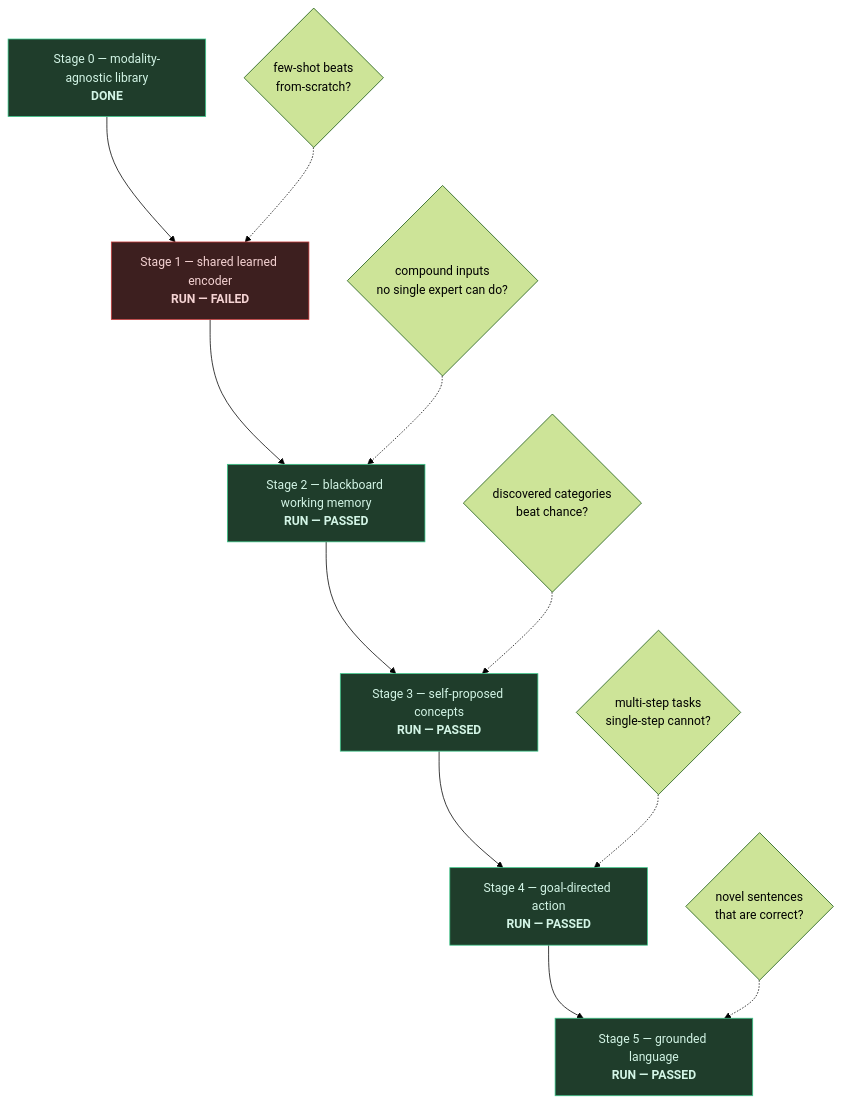
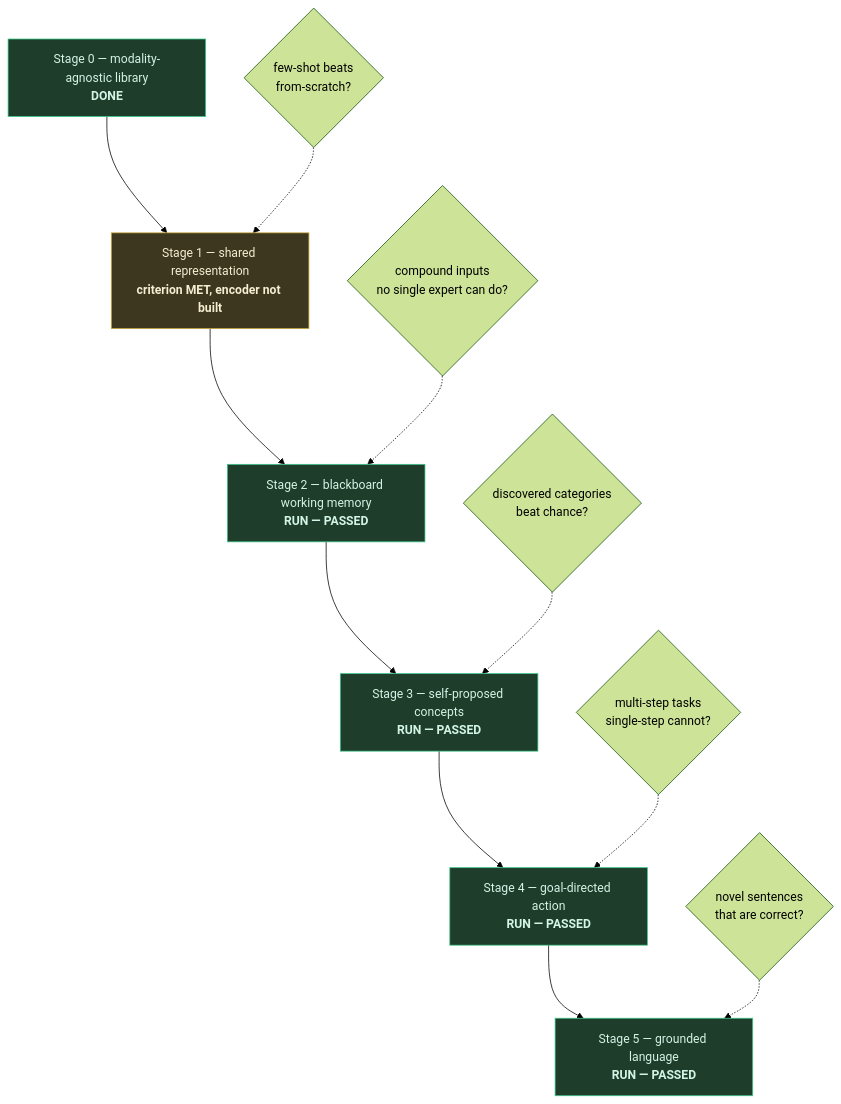
One commit to haywoodspartan/ultraquant changed diagram 18 of 18 in ARCHITECTURE.md. Above: the diagram before and after it, drawn with Mermaid (forest theme). The commit also changed other lines of this file and 6 other files, not shown here.

````diff
--- a/ARCHITECTURE.md
+++ b/ARCHITECTURE.md
@@ -1647,20 +1647,20 @@
 ```mermaid
 flowchart TD
     S0["Stage 0 — modality-agnostic library<br/><b>DONE</b>"] --> S1
-    S1["Stage 1 — shared learned encoder<br/><b>RUN — FAILED</b>"] --> S2
+    S1["Stage 1 — shared representation<br/><b>criterion MET, encoder not built</b>"] --> S2
     S2["Stage 2 — blackboard working memory<br/><b>RUN — PASSED</b>"] --> S3
     S3["Stage 3 — self-proposed concepts<br/><b>RUN — PASSED</b>"] --> S4
     S4["Stage 4 — goal-directed action<br/><b>RUN — PASSED</b>"] --> S5
     S5["Stage 5 — grounded language<br/><b>RUN — PASSED</b>"]
 
     G1{"few-shot beats<br/>from-scratch?"} -.-> S1
     G2{"compound inputs<br/>no single expert can do?"} -.-> S2
     G3{"discovered categories<br/>beat chance?"} -.-> S3
     G4{"multi-step tasks<br/>single-step cannot?"} -.-> S4
     G5{"novel sentences<br/>that are correct?"} -.-> S5
 
     classDef done fill:#1f3d2b,stroke:#3ac98a,color:#d3f5e6
-    classDef dead fill:#3d1f1f,stroke:#c93a3a,color:#f5d3d3
+    classDef part fill:#3d371f,stroke:#c9a83a,color:#f5eed3
     class S0,S2,S3,S4,S5 done
-    class S1 dead
+    class S1 part
 ```
````
